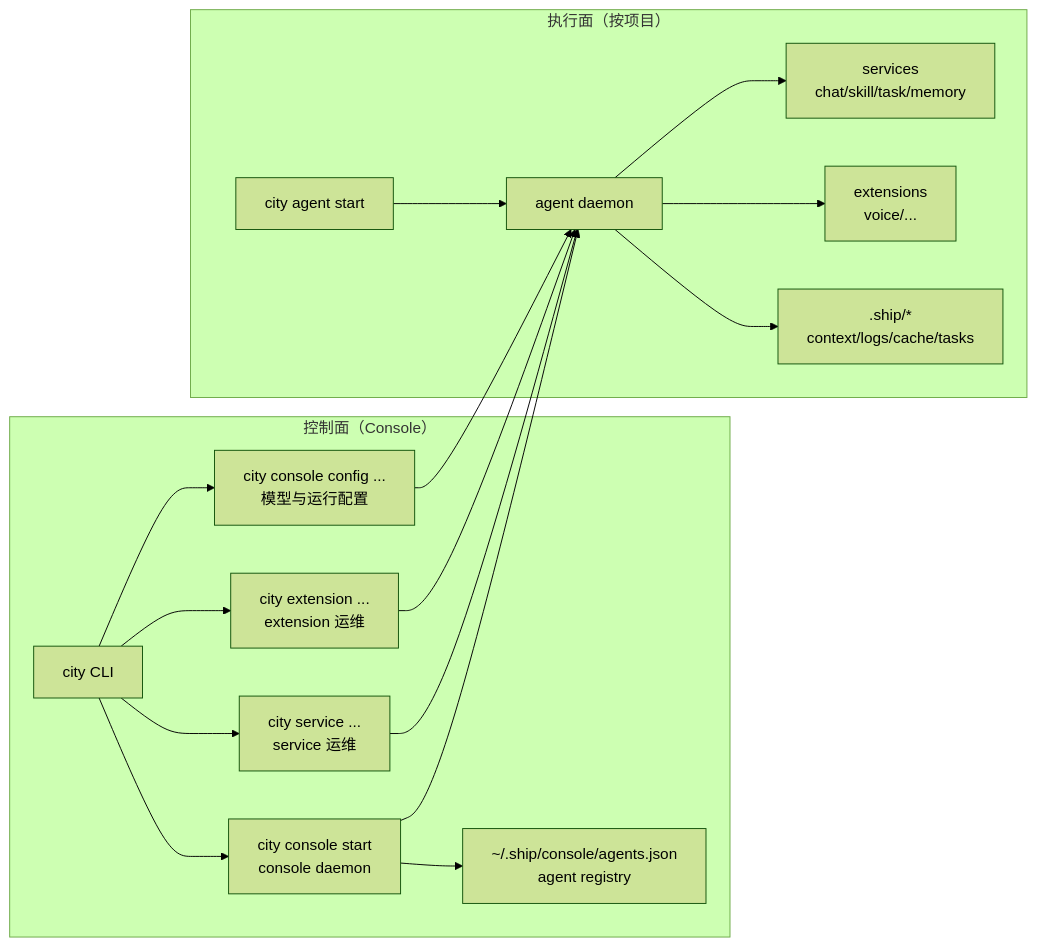
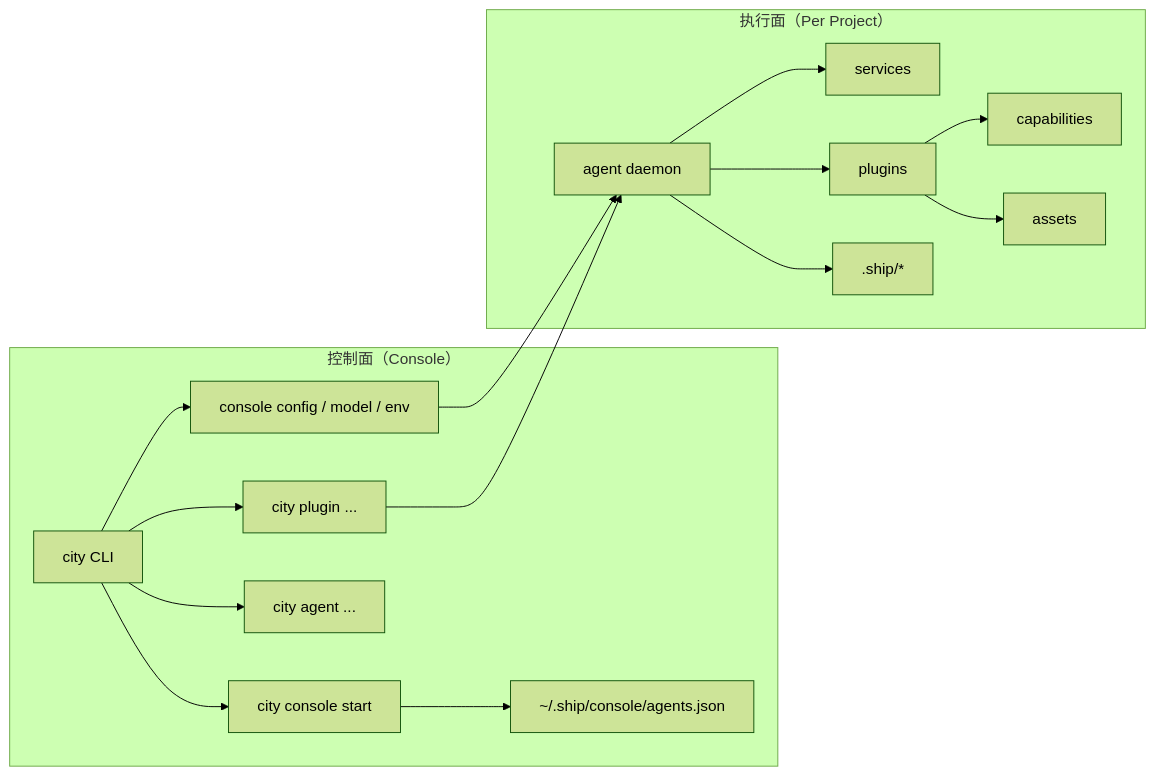
One commit to wangenius/downcity changed the first of 2 diagrams in homepage/content/docs/zh/concepts/logic-map.mdx. Above: the diagram before and after it, drawn with Mermaid (forest theme). The commit also changed other lines of this file and 189 other files, not shown here.

````diff
--- a/homepage/content/docs/zh/concepts/logic-map.mdx
+++ b/homepage/content/docs/zh/concepts/logic-map.mdx
@@ -22,22 +23,21 @@
 ```mermaid
 flowchart LR
-  subgraph CP[控制面（Console）]
-    CLI[city CLI] --> CONSOLE[city console start\nconsole daemon]
-    CLI --> CFG[city console config ...\n模型与运行配置]
-    CLI --> SVCOPS[city service ...\nservice 运维]
-    CLI --> EXTOPS[city extension ...\nextension 运维]
-    CONSOLE --> REG[~/.ship/console/agents.json\nagent registry]
+  subgraph CP["控制面（Console）"]
+    CLI["city CLI"] --> CONSOLE["city console start"]
+    CLI --> CFG["console config / model / env"]
+    CLI --> AGENTOPS["city agent ..."]
+    CLI --> PLUGINOPS["city plugin ..."]
+    CONSOLE --> REG["~/.ship/console/agents.json"]
   end
 
-  subgraph DP[执行面（按项目）]
-    AGENTCMD[city agent start] --> AGENTD[agent daemon]
-    AGENTD --> SERVICES[services\nchat/skill/task/memory]
-    AGENTD --> EXTS[extensions\nvoice/...]
-    AGENTD --> SHIP[.ship/*\ncontext/logs/cache/tasks]
+  subgraph DP["执行面（Per Project）"]
+    AGENT["agent daemon"] --> SERVICES["services"]
+    AGENT --> PLUGINS["plugins"]
+    PLUGINS --> CAPS["capabilities"]
+    PLUGINS --> ASSETS["assets"]
+    AGENT --> SHIP[".ship/*"]
   end
 
-  CONSOLE --> AGENTD
-  SVCOPS --> AGENTD
-  EXTOPS --> AGENTD
-  CFG --> AGENTD
+  CFG --> AGENT
+  PLUGINOPS --> AGENT
 ```
````
